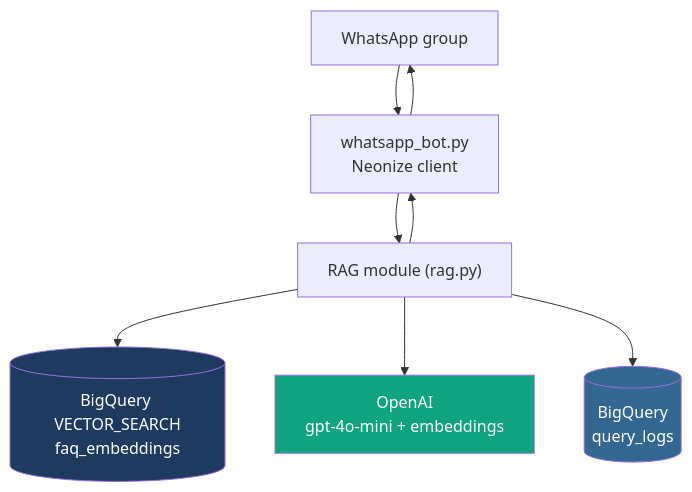
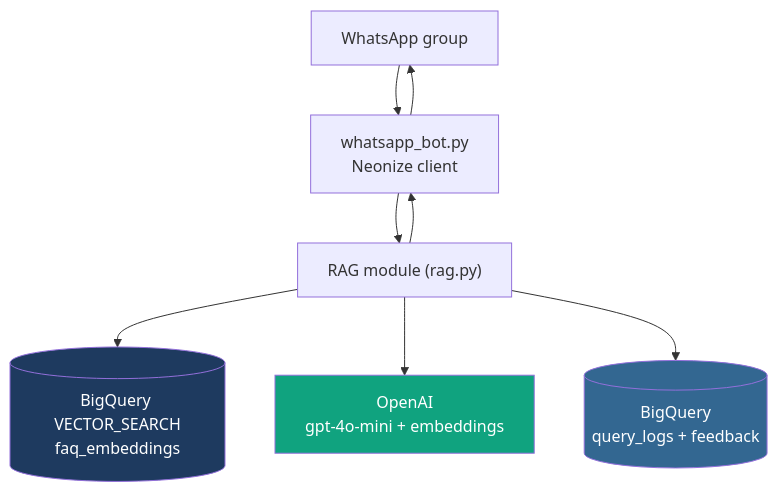
The diagram in README.md (lauosgom/llamatel-crisis-lifeline-chatbot), drawn with Mermaid before and after one commit. The commit also changed other lines of this file, not shown here.

````diff
--- a/README.md
+++ b/README.md
@@ -24,19 +27,19 @@
 ```mermaid
 flowchart TD
     WhatsApp["WhatsApp group"]
     Bot["whatsapp_bot.py<br/>Neonize client"]
     RAG["RAG module (rag.py)"]
     Search[("BigQuery VECTOR_SEARCH<br/>faq_embeddings")]
     LLM["OpenAI<br/>gpt-4o-mini + embeddings"]
-    Logs[("BigQuery<br/>query_logs")]
+    Logs[("BigQuery<br/>query_logs + feedback")]
     WhatsApp --> Bot
     Bot --> RAG
     RAG --> Search
     RAG --> LLM
     RAG --> Bot
     Bot --> WhatsApp
     RAG --> Logs
     style Search fill:#1e3a5f,color:#fff
     style LLM fill:#10a37f,color:#fff
     style Logs fill:#336791,color:#fff
 ```
````
